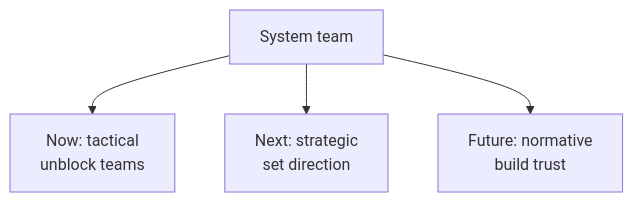
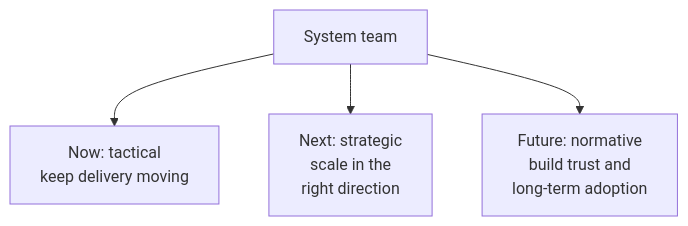
One commit to F4cu/ds101 changed the second of 2 diagrams in src/content/docs/stakeholder-alignment.md. Above: the diagram before and after it, drawn with Mermaid. The commit also changed other lines of this file and 4 other files, not shown here.

First line of the commit message:
Add Core Concepts pyramid and rework Stakeholder Alignment diagrams

````diff
--- a/src/content/docs/stakeholder-alignment.md
+++ b/src/content/docs/stakeholder-alignment.md
@@ -116,6 +90,6 @@
 ```mermaid
 flowchart TD
-  Team["System team"] --> Now["Now: tactical<br/>unblock teams"]
-  Team --> Next["Next: strategic<br/>set direction"]
-  Team --> Future["Future: normative<br/>build trust"]
+  Team["System team"] --> Now["Now: tactical<br/>keep delivery moving"]
+  Team --> Next["Next: strategic<br/>scale in the<br/>right direction"]
+  Team --> Future["Future: normative<br/>build trust and<br/>long-term adoption"]
 ```
````
